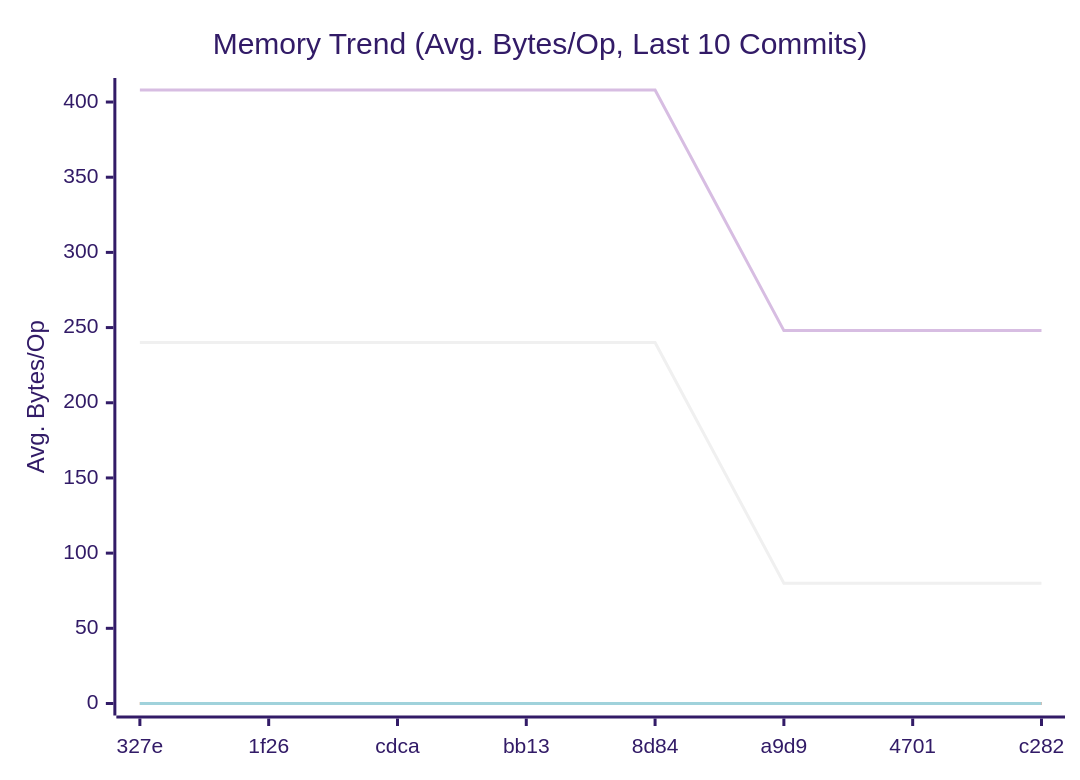
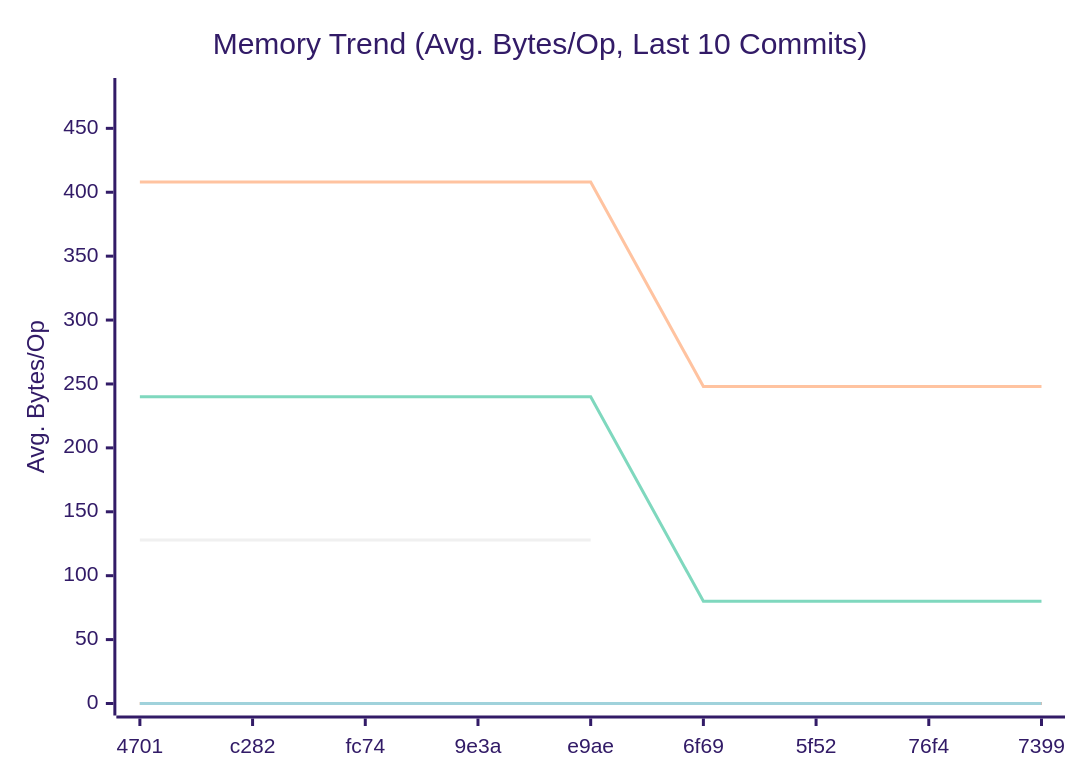
Before and after one commit to alsotoes/momo: the second of 3 diagrams in doc/README.md, drawn with Mermaid (forest theme). The commit also changed other lines of this file and 59 other files, not shown here.

````diff
--- a/doc/README.md
+++ b/doc/README.md
@@ -309,12 +311,14 @@
 ```mermaid
 xychart-beta
     title "Memory Trend (Avg. Bytes/Op, Last 10 Commits)"
     x-axis "Commit"
     y-axis "Avg. Bytes/Op"
-    x-axis [327e,1f26,cdca,bb13,8d84,a9d9,4701,c282]
+    x-axis [4701,c282,fc74,9e3a,e9ae,6f69,5f52,76f4,7399]
     line "CheckMetricsAndSwap" [0,0,0,0,0,0,0,0,0,0]
     line "IndexDirectTracking" [0,0,0,0,0,0,0,0,0,0]
     line "IndexSearch" [0,0,0,0,0,0,0,0,0,0]
-    line "ParseReplicationOrder_NoPrealloc" [408,408,408,408,408,248,248,248]
-    line "ParseReplicationOrder_Prealloc" [240,240,240,240,240,80,80,80]
+    line "LoadGlobalConfig" [480]
+    line "PadString" [128,128,128,128,128]
+    line "ParseReplicationOrder_NoPrealloc" [408,408,408,408,408,248,248,248,248,248]
+    line "ParseReplicationOrder_Prealloc" [240,240,240,240,240,80,80,80,80,80]
 ```
````
